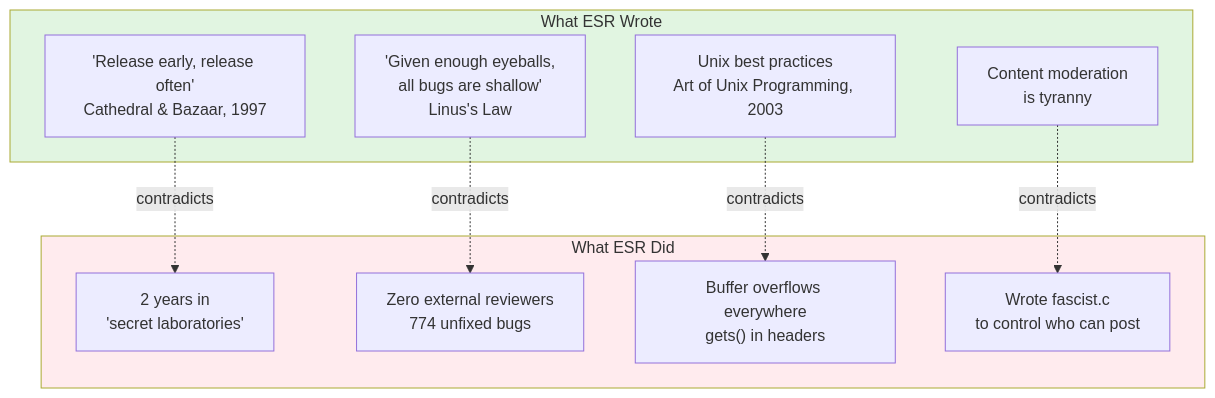
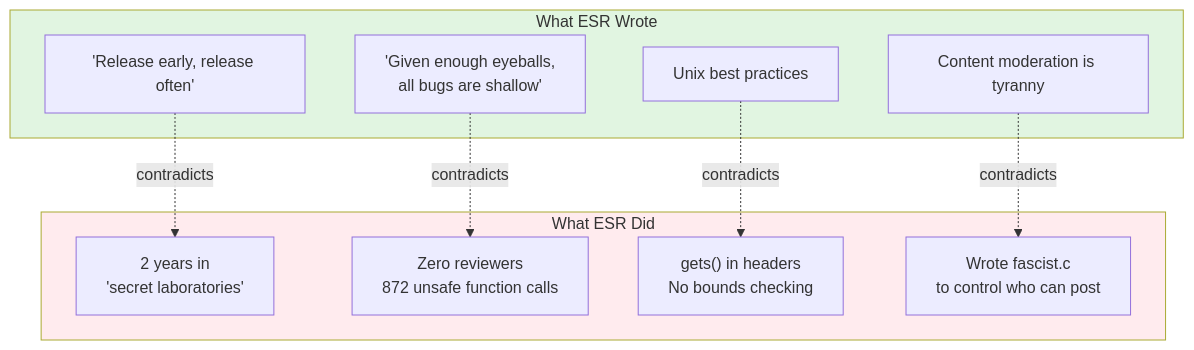
One commit to SimHacker/tmnn7-8 changed the first of 2 diagrams in README.md. Above: the diagram before and after it, drawn with Mermaid. The commit also changed other lines of this file and 44 other files, not shown here.

````diff
--- a/README.md
+++ b/README.md
@@ -302,24 +75,24 @@
 ```mermaid
 flowchart TB
     subgraph wrote["What ESR Wrote"]
-        catb["'Release early, release often'<br/>Cathedral & Bazaar, 1997"]
-        eyes["'Given enough eyeballs,<br/>all bugs are shallow'<br/>Linus's Law"]
-        unix["Unix best practices<br/>Art of Unix Programming, 2003"]
-        mod["Content moderation<br/>is tyranny"]
+        catb["'Release early, release often'"]
+        eyes["'Given enough eyeballs,<br/>all bugs are shallow'"]
+        unix["Unix best practices"]
+        mod["Content moderation is tyranny"]
     end
     
     subgraph did["What ESR Did"]
         secret["2 years in<br/>'secret laboratories'"]
-        zero["Zero external reviewers<br/>774 unfixed bugs"]
-        vuln["Buffer overflows everywhere<br/>gets() in headers"]
+        zero["Zero reviewers<br/>872 unsafe function calls"]
+        vuln["gets() in headers<br/>No bounds checking"]
         fascist["Wrote fascist.c<br/>to control who can post"]
     end
     
     catb -.->|contradicts| secret
     eyes -.->|contradicts| zero
     unix -.->|contradicts| vuln
     mod -.->|contradicts| fascist
     
     style wrote fill:#e1f5e1
     style did fill:#ffebee
 ```
````
